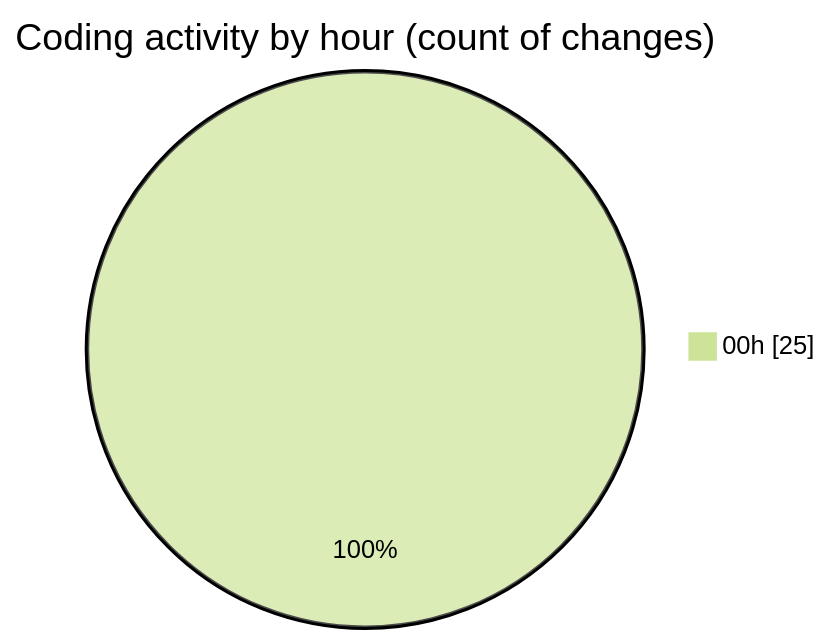
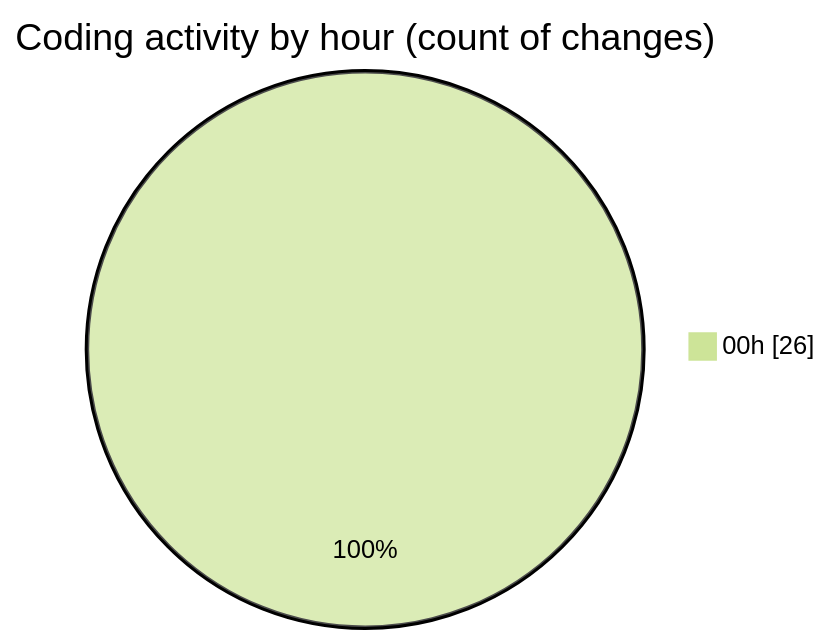
One commit to ernivani/code-tracking changed the second of 2 diagrams in 2025-01-04/my-code-activity-ext/README.md. Above: the diagram before and after it, drawn with Mermaid (forest theme). The commit also changed other lines of this file and 1 other file, not shown here.

````diff
--- a/2025-01-04/my-code-activity-ext/README.md
+++ b/2025-01-04/my-code-activity-ext/README.md
@@ -43,5 +43,5 @@
 ```mermaid
 pie showData
 title Coding activity by hour (count of changes)
-"00h" : 25
+"00h" : 26
 ```
````
